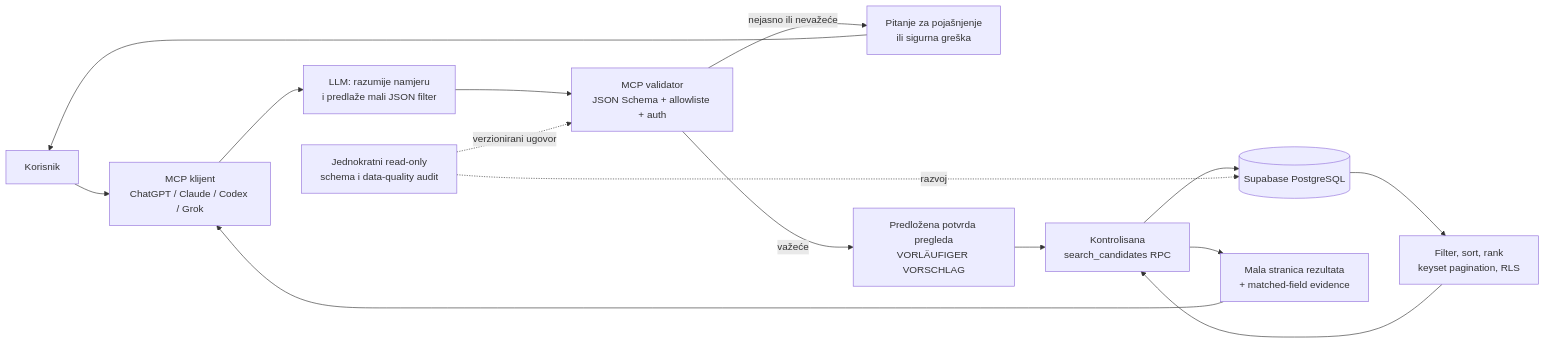
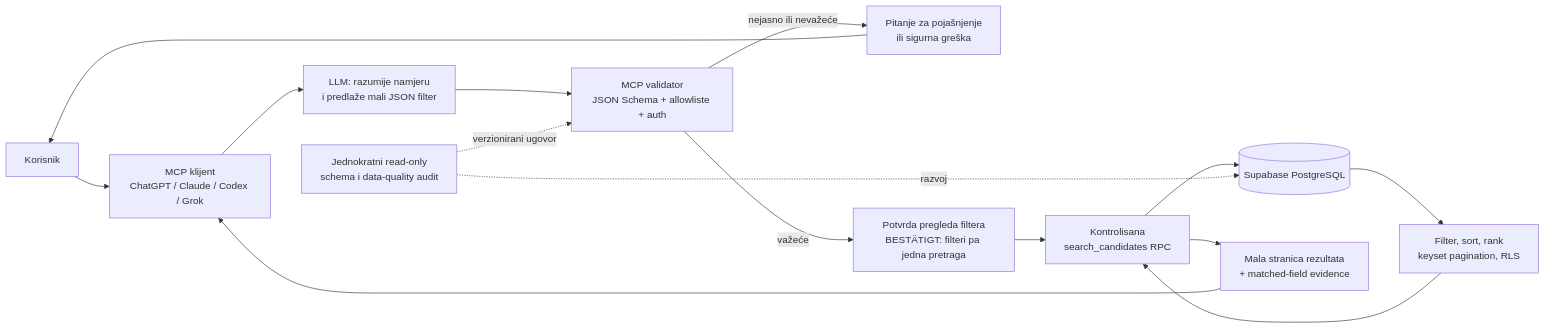
One commit to dsactivi-2/MCP-JSI-DINO-SUPABASE changed the diagram in docs/SUPABASE_CRM_MCP_IMPLEMENTATION_BRIEF.md. Above: the diagram before and after it, drawn with Mermaid. The commit also changed other lines of this file and 4 other files, not shown here.

````diff
--- a/docs/SUPABASE_CRM_MCP_IMPLEMENTATION_BRIEF.md
+++ b/docs/SUPABASE_CRM_MCP_IMPLEMENTATION_BRIEF.md
@@ -163,18 +163,18 @@
 ```mermaid
 flowchart LR
     U[Korisnik] --> C[MCP klijent<br/>ChatGPT / Claude / Codex / Grok]
     C --> P[LLM: razumije namjeru<br/>i predlaže mali JSON filter]
     P --> V[MCP validator<br/>JSON Schema + allowliste + auth]
     V -->|nejasno ili nevažeće| Q[Pitanje za pojašnjenje<br/>ili sigurna greška]
     Q --> U
-    V -->|važeće| S[Predložena potvrda pregleda<br/>VORLÄUFIGER VORSCHLAG]
+    V -->|važeće| S[Potvrda pregleda filtera<br/>BESTÄTIGT: filteri pa jedna pretraga]
     S --> R[Kontrolisana<br/>search_candidates RPC]
     R --> D[(Supabase PostgreSQL)]
     D --> F[Filter, sort, rank<br/>keyset pagination, RLS]
     F --> R
     R --> O[Mala stranica rezultata<br/>+ matched-field evidence]
     O --> C
 
     A[Jednokratni read-only<br/>schema i data-quality audit] -. razvoj .-> D
     A -. verzionirani ugovor .-> V
 ```
````
